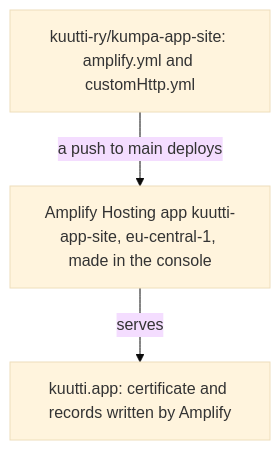
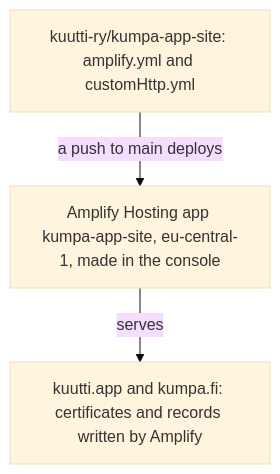
One commit to kuutti-ry/kumpa-app changed the sixth of 6 diagrams in docs/architecture/deployment.md. Above: the diagram before and after it, drawn with Mermaid (base theme). The commit also changed other lines of this file and 6 other files, not shown here.

First line of the commit message:
Name the site's new Amplify app kumpa-app-site (#706)

````diff
--- a/docs/architecture/deployment.md
+++ b/docs/architecture/deployment.md
@@ -324,10 +324,10 @@
 ```mermaid
 flowchart TB
   accTitle: Deployment, part 6: the website
-  accDescr: The website's own repository deploys to an Amplify Hosting app made in the console, which serves kuutti.app with a certificate and records Amplify wrote into the zone.
+  accDescr: The website's own repository deploys to an Amplify Hosting app made in the console, which serves kuutti.app and kumpa.fi with certificates and records Amplify wrote into their zones.
   n61["kuutti-ry/kumpa-app-site: amplify.yml and customHttp.yml"]
-  n62["Amplify Hosting app kuutti-app-site, eu-central-1, made in the console"]
-  n63["kuutti.app: certificate and records written by Amplify"]
+  n62["Amplify Hosting app kumpa-app-site, eu-central-1, made in the console"]
+  n63["kuutti.app and kumpa.fi: certificates and records written by Amplify"]
   n61 -->|"a push to main deploys"| n62
   n62 -->|"serves"| n63
 ```
````
